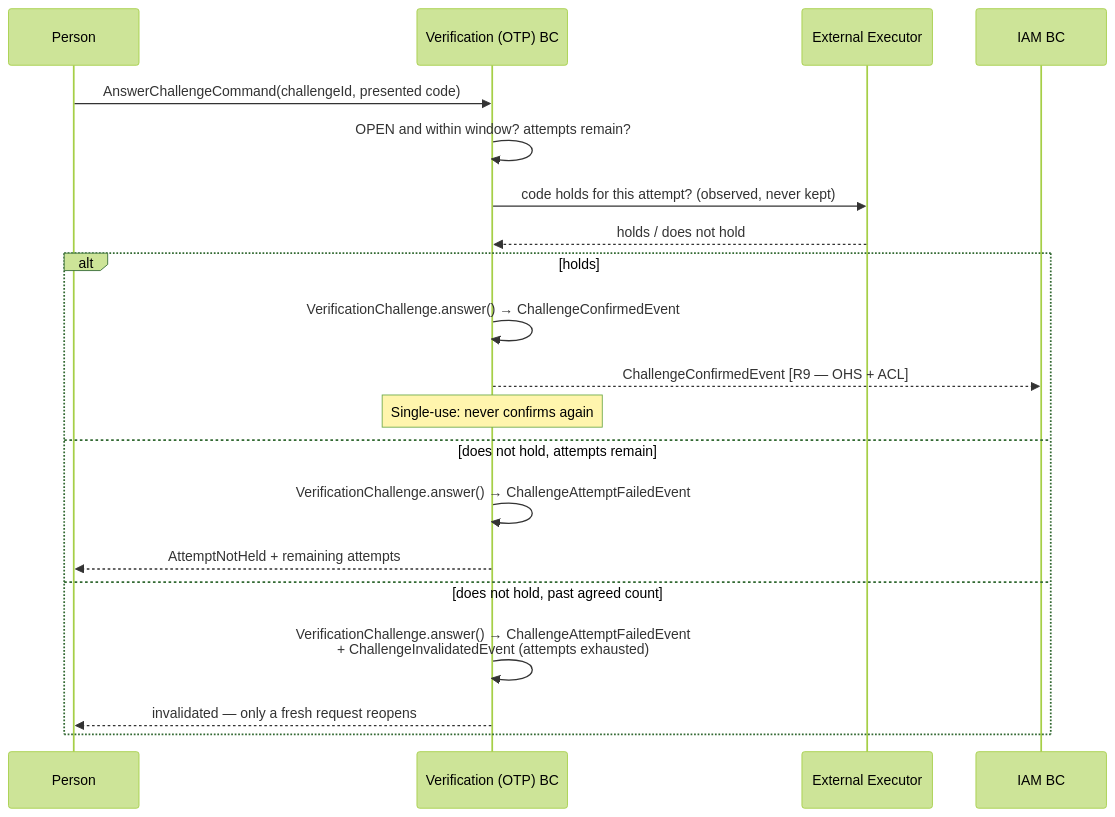
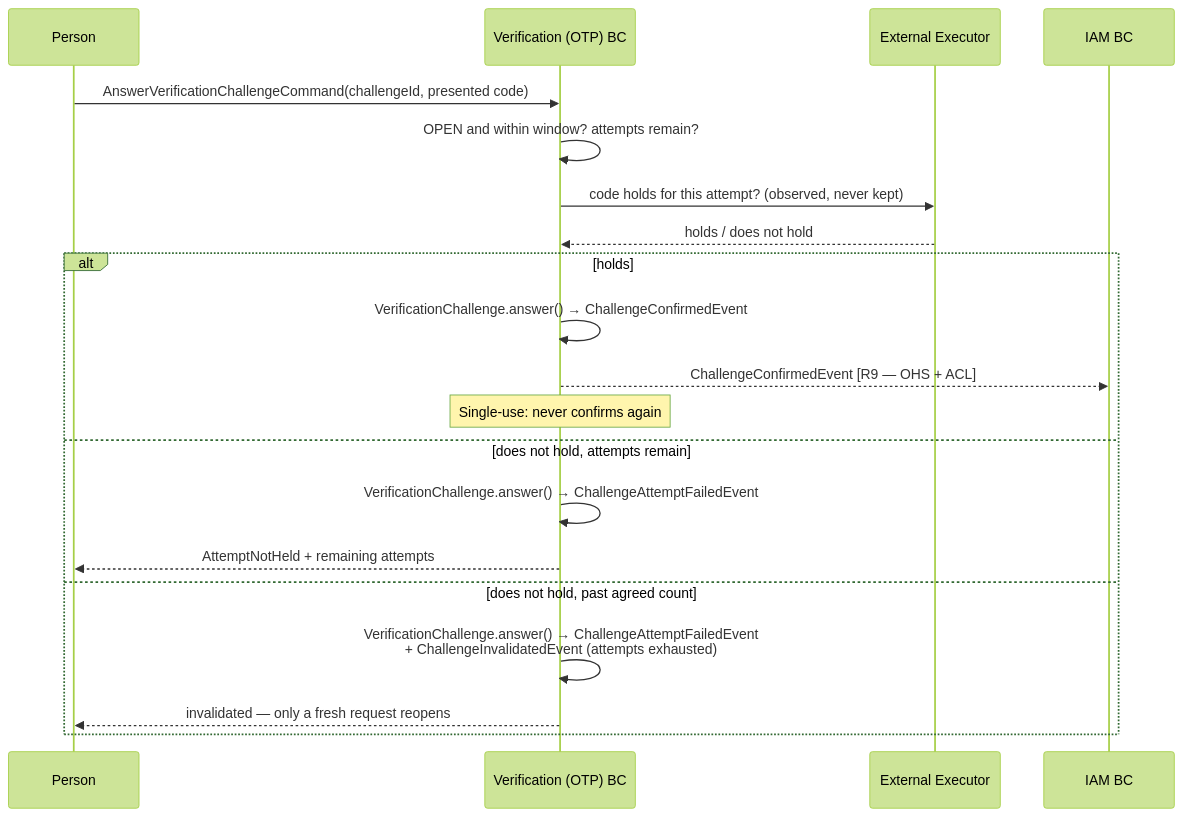
One commit to Morocoders-Arq-9056/votochain-api-backend changed the diagram in docs/Bounded Contexts/verification/use-case.md. Above: the diagram before and after it, drawn with Mermaid (forest theme). The commit also changed other lines of this file and 24 other files, not shown here.

````diff
--- a/docs/Bounded Contexts/verification/use-case.md
+++ b/docs/Bounded Contexts/verification/use-case.md
@@ -96,23 +96,23 @@
 ```mermaid
 sequenceDiagram
     participant Person
     participant OTP as Verification (OTP) BC
     participant Executor as External Executor
     participant IAM as IAM BC
 
-    Person->>OTP: AnswerChallengeCommand(challengeId, presented code)
+    Person->>OTP: AnswerVerificationChallengeCommand(challengeId, presented code)
     OTP->>OTP: OPEN and within window? attempts remain?
     OTP->>Executor: code holds for this attempt? (observed, never kept)
     Executor-->>OTP: holds / does not hold
     alt holds
         OTP->>OTP: VerificationChallenge.answer() → ChallengeConfirmedEvent
         OTP-->>IAM: ChallengeConfirmedEvent [R9 — OHS + ACL]
         Note over OTP: Single-use: never confirms again
     else does not hold, attempts remain
         OTP->>OTP: VerificationChallenge.answer() → ChallengeAttemptFailedEvent
         OTP-->>Person: AttemptNotHeld + remaining attempts
     else does not hold, past agreed count
         OTP->>OTP: VerificationChallenge.answer() → ChallengeAttemptFailedEvent<br/>+ ChallengeInvalidatedEvent (attempts exhausted)
         OTP-->>Person: invalidated — only a fresh request reopens
     end
 ```
````
